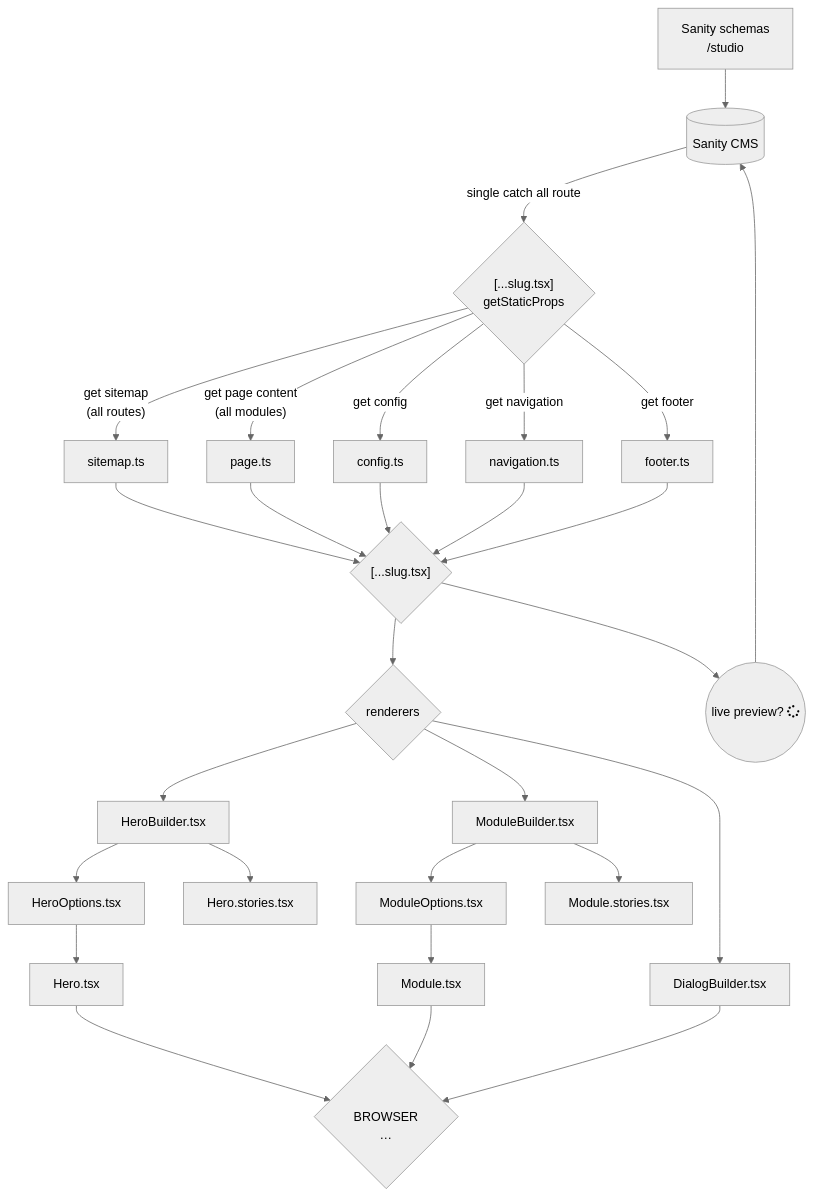
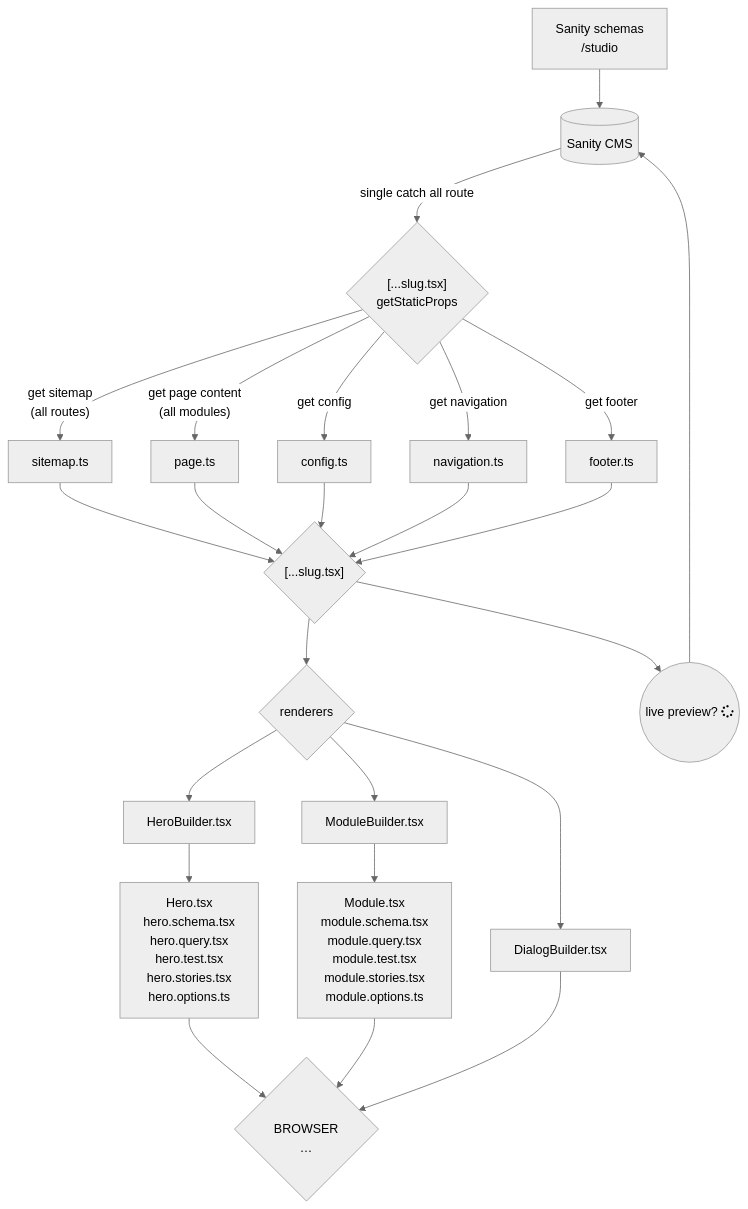
Before and after one commit to Mawla/Agency-Starter-Framework: the diagram in README.md, drawn with Mermaid (neutral theme).

````diff
--- a/README.md
+++ b/README.md
@@ -31,35 +31,28 @@
 ```mermaid
 graph TD
     SCHEMAS["Sanity schemas<br>/studio"]-->CMS
     CMS[(Sanity CMS)]-->|single catch all route|DATA{"[...slug.tsx] <br>getStaticProps"}
     PREVIEW_MODE((live preview? fa:fa-spinner))--->CMS
 
     DATA -->|"get sitemap<br>(all routes)"| QUERY_SITEMAP[sitemap.ts]-->CATCH_ALL_RENDER
     DATA -->|"get page content<br>(all modules)"| QUERY_PAGE[page.ts]-->CATCH_ALL_RENDER
     DATA -->|get config| QUERY_CONFIG[config.ts]-->CATCH_ALL_RENDER
     DATA -->|get navigation| QUERY_NAV[navigation.ts] -->CATCH_ALL_RENDER
     DATA -->|get footer| QUERY_FOOTER[footer.ts] -->CATCH_ALL_RENDER
 
     CATCH_ALL_RENDER{"[...slug.tsx]"} -->RENDER
     CATCH_ALL_RENDER-->PREVIEW_MODE
 
     RENDER{renderers} -->RENDER_HEROES
     RENDER -->RENDER_MODULES
     RENDER -->RENDER_DIALOGS
 
-    RENDER_HEROES[HeroBuilder.tsx]-->HERO_OPTIONS
-    RENDER_HEROES[HeroBuilder.tsx]-->HERO_STORIES
-    RENDER_MODULES[ModuleBuilder.tsx]-->MODULE_OPTIONS
-    RENDER_MODULES[ModuleBuilder.tsx]-->MODULE_STORIES
+    RENDER_HEROES[HeroBuilder.tsx]-->HERO
+    RENDER_MODULES[ModuleBuilder.tsx]-->MODULE
     RENDER_DIALOGS[DialogBuilder.tsx]-->PAGE
 
-    HERO[Hero.tsx]-->PAGE
-    HERO_OPTIONS[HeroOptions.tsx]-->HERO
-    HERO_STORIES[Hero.stories.tsx]
-
-    MODULE[Module.tsx]-->PAGE
-    MODULE_OPTIONS[ModuleOptions.tsx]-->MODULE
-    MODULE_STORIES[Module.stories.tsx]
+    HERO[Hero.tsx<br>hero.schema.tsx<br>hero.query.tsx<br>hero.test.tsx<br>hero.stories.tsx<br>hero.options.ts]-->PAGE
+    MODULE[Module.tsx<br>module.schema.tsx<br>module.query.tsx<br>module.test.tsx<br>module.stories.tsx<br>module.options.ts]-->PAGE
 
     PAGE{"<br>BROWSER<br>…"}
 ```
````
